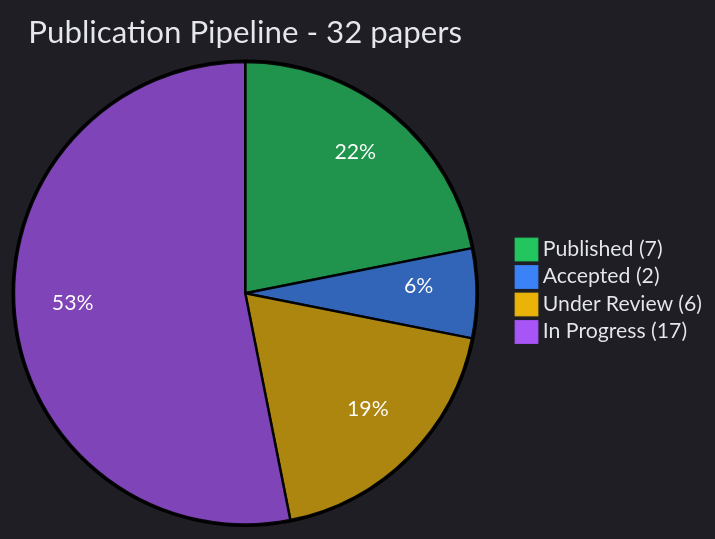
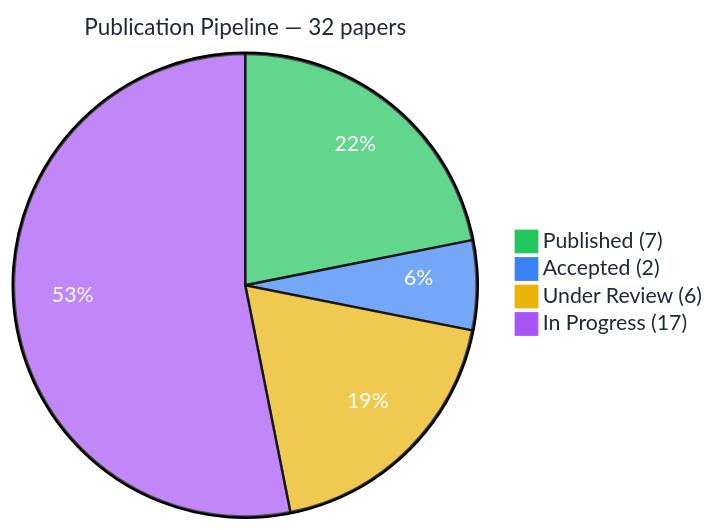
The first of 2 diagrams in README.md (nutthakorn7/kmutnb-fte-portfolio), drawn with Mermaid before and after one commit. The commit also changed 5 other files, not shown here.

Commit message:
Fix Mermaid theme: use base theme with dark text (GitHub SVG has white bg)

````diff
--- a/README.md
+++ b/README.md
@@ -91,8 +91,8 @@
 ```mermaid
-%%{init: {'theme': 'dark', 'themeVariables': {'pie1': '#22c55e', 'pie2': '#3b82f6', 'pie3': '#eab308', 'pie4': '#a855f7', 'pieTitleTextColor': '#e5e7eb', 'pieSectionTextColor': '#fff', 'pieLegendTextColor': '#e5e7eb'}}}%%
-pie title Publication Pipeline - 32 papers
+%%{init: {'theme': 'base', 'themeVariables': {'pie1': '#22c55e', 'pie2': '#3b82f6', 'pie3': '#eab308', 'pie4': '#a855f7', 'pieTitleTextColor': '#1f2937', 'pieSectionTextColor': '#fff', 'pieLegendTextColor': '#1f2937', 'pieTitleTextSize': '18px'}}}%%
+pie title Publication Pipeline — 32 papers
     "Published (7)" : 7
     "Accepted (2)" : 2
     "Under Review (6)" : 6
     "In Progress (17)" : 17
 ```
````
